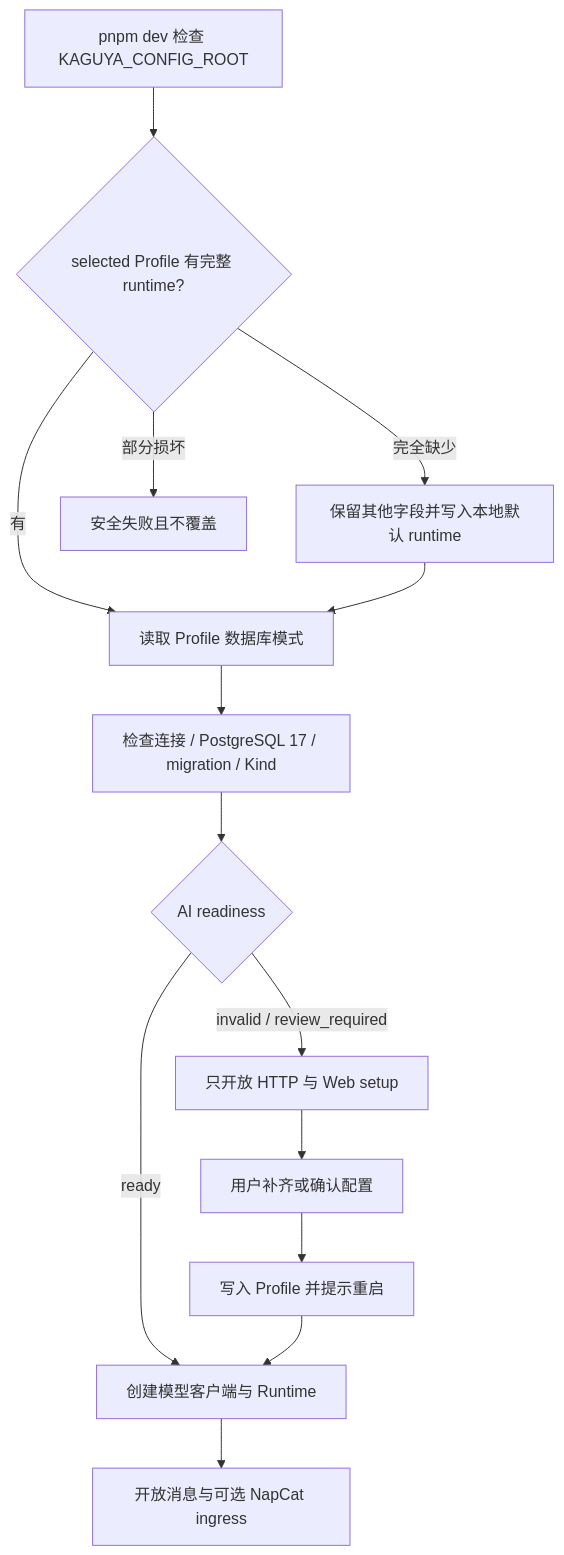
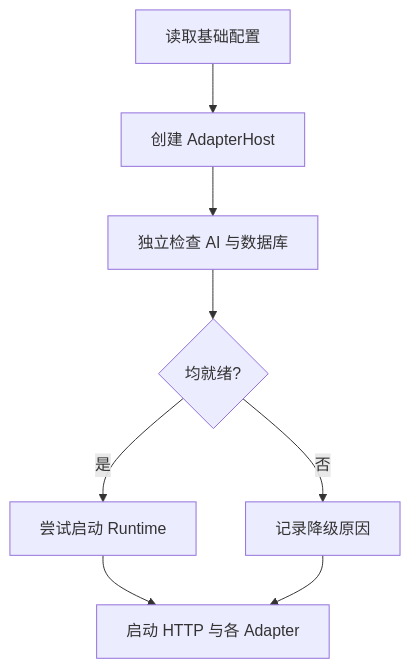
Before and after one commit to posanbu/Kaguya: the diagram in docs/guide/configuration.md, drawn with Mermaid. The commit also changed other lines of this file and 29 other files, not shown here.

Commit message:
feat: isolate adapter host lifecycle (#109)

````diff
--- a/docs/guide/configuration.md
+++ b/docs/guide/configuration.md
@@ -12,16 +12,10 @@
 ```mermaid
 flowchart TD
-  A[pnpm dev 检查 KAGUYA_CONFIG_ROOT] --> B{selected Profile 有完整 runtime?}
-  B -- 完全缺少 --> C[保留其他字段并写入本地默认 runtime]
-  B -- 部分损坏 --> X[安全失败且不覆盖]
-  B -- 有 --> D[读取 Profile 数据库模式]
-  C --> D
-  D --> E[检查连接 / PostgreSQL 17 / migration / Kind]
-  E --> F{AI readiness}
-  F -- invalid / review_required --> G[只开放 HTTP 与 Web setup]
-  G --> H[用户补齐或确认配置]
-  H --> I[写入 Profile 并提示重启]
-  F -- ready --> J[创建模型客户端与 Runtime]
-  I --> J
-  J --> K[开放消息与可选 NapCat ingress]
+  A[读取基础配置] --> B[创建 AdapterHost]
+  B --> C[独立检查 AI 与数据库]
+  C --> D{均就绪?}
+  D -- 是 --> E[尝试启动 Runtime]
+  D -- 否 --> F[记录降级原因]
+  E --> G[启动 HTTP 与各 Adapter]
+  F --> G
 ```
````
